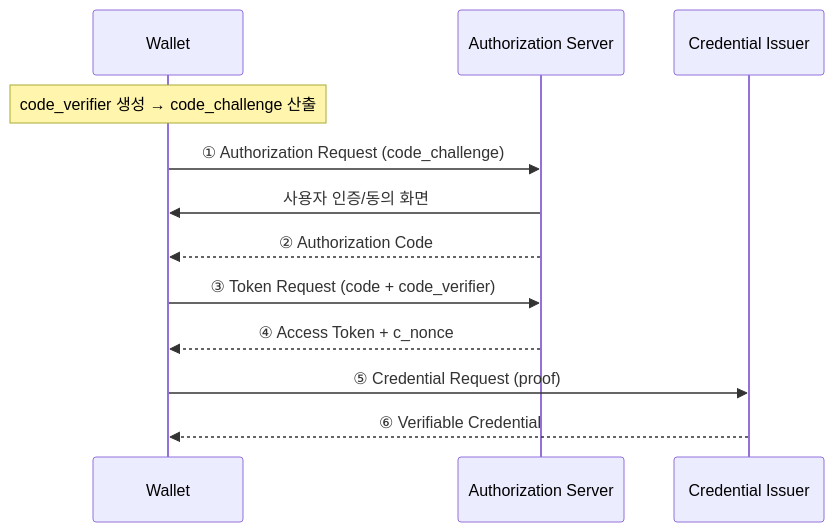
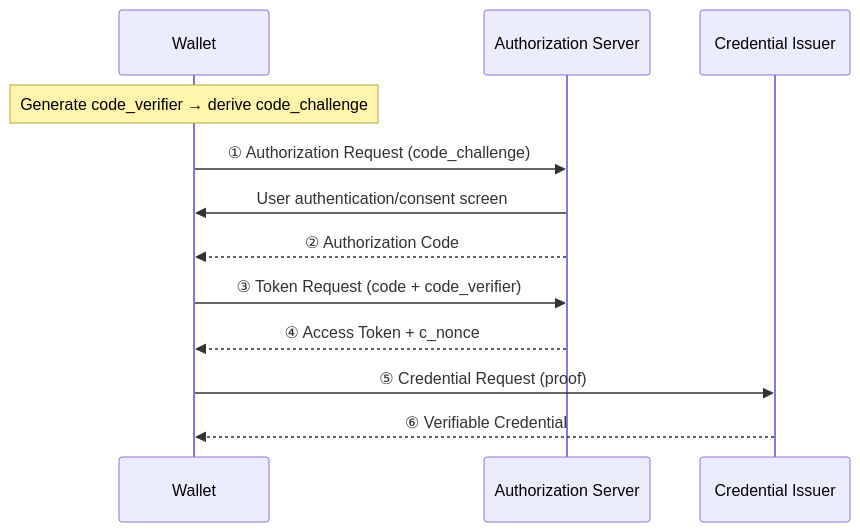
One commit to OmniOneID/poc-oid4vc changed the first of 4 diagrams in docs/concepts/oid4vci/oid4vci_issuance_flow.md. Above: the diagram before and after it, drawn with Mermaid. The commit also changed other lines of this file and 29 other files, not shown here.

````diff
--- a/docs/concepts/oid4vci/oid4vci_issuance_flow.md
+++ b/docs/concepts/oid4vci/oid4vci_issuance_flow.md
@@ -45,15 +45,15 @@
 ```mermaid
 sequenceDiagram
     participant W as Wallet
     participant AS as Authorization Server
     participant I as Credential Issuer
 
-    Note over W: code_verifier 생성 → code_challenge 산출
+    Note over W: Generate code_verifier → derive code_challenge
     W->>AS: ① Authorization Request (code_challenge)
-    AS->>W: 사용자 인증/동의 화면
+    AS->>W: User authentication/consent screen
     AS-->>W: ② Authorization Code
     W->>AS: ③ Token Request (code + code_verifier)
     AS-->>W: ④ Access Token + c_nonce
     W->>I: ⑤ Credential Request (proof)
     I-->>W: ⑥ Verifiable Credential
 ```
````
